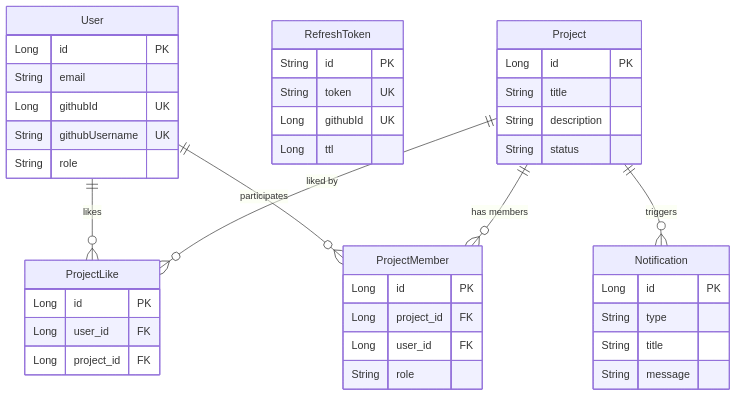
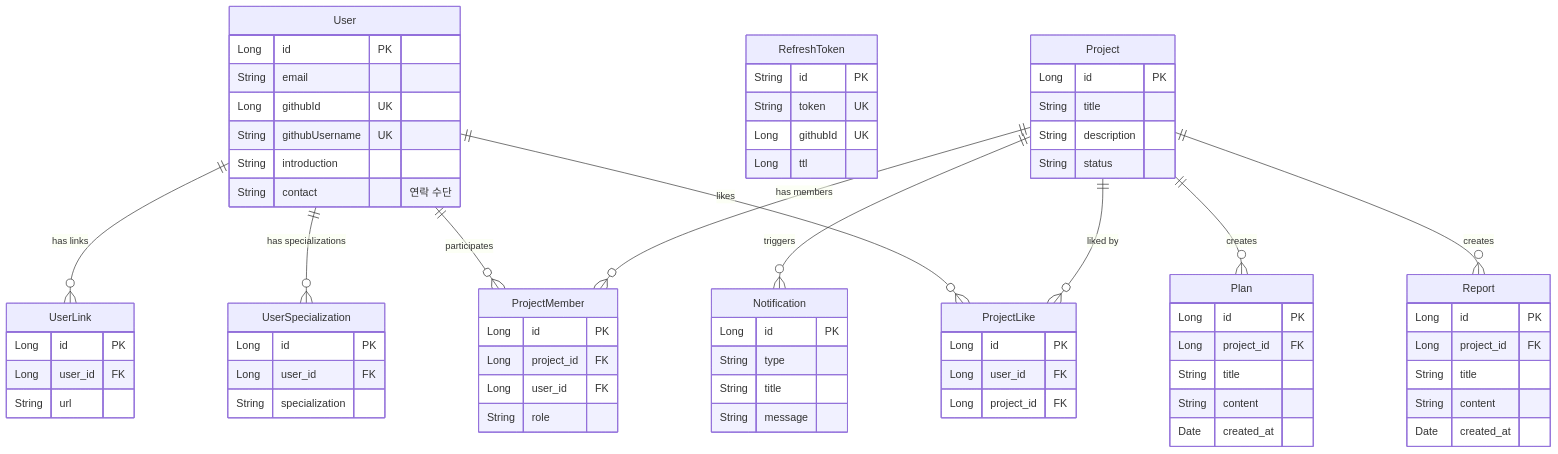
The diagram in README.md (Pmanchu-Service/Pmanchu_BE_ver.POP), drawn with Mermaid before and after one commit.

Commit message:
docs: (#6) 전공, 링크, 보고서, 계획서 테이블 추가

```diff
--- a/README.md
+++ b/README.md
@@ -8,7 +8,20 @@
         String email
         Long githubId UK
         String githubUsername UK
-        String role
+        String introduction
+        String contact "연락 수단"
+    }
+
+    UserSpecialization {
+        Long id PK
+        Long user_id FK
+        String specialization
+    }
+
+    UserLink {
+        Long id PK
+        Long user_id FK
+        String url
     }
 
     RefreshToken {
@@ -45,8 +58,28 @@
         String message
     }
 
+    Report {
+        Long id PK
+        Long project_id FK
+        String title
+        String content
+        Date created_at
+    }
+
+    Plan {
+        Long id PK
+        Long project_id FK
+        String title
+        String content
+        Date created_at
+    }
+
     User ||--o{ ProjectLike : "likes"
     User ||--o{ ProjectMember : "participates"
+    User ||--o{ UserSpecialization : "has specializations"
+    User ||--o{ UserLink : "has links"
+    Project ||--o{ Report : "creates"
+    Project ||--o{ Plan : "creates"
     Project ||--o{ ProjectLike : "liked by"
     Project ||--o{ ProjectMember : "has members"
     Project ||--o{ Notification : "triggers"
```
